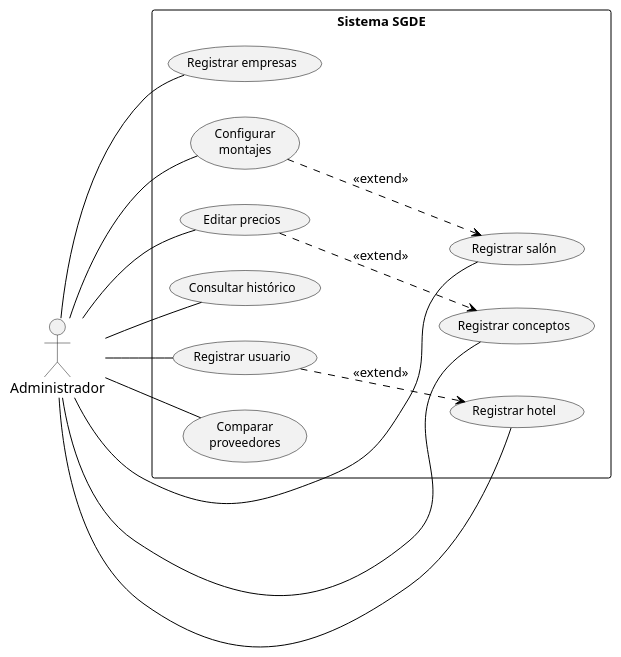
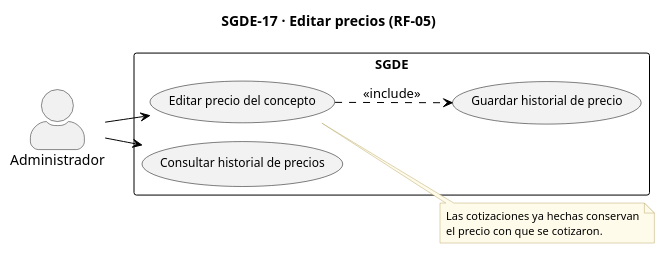
The diagram in docs/casos_uso_sgde/SGDE-17_Editar_precios.puml (AndreCamx2/Gestion-De-Eventos), drawn with PlantUML before and after one commit. The commit also changed 172 other files, not shown here.

First line of the commit message:
docs(diagramas): alinear los diagramas con el sistema construido

```diff
--- a/docs/casos_uso_sgde/SGDE-17_Editar_precios.puml
+++ b/docs/casos_uso_sgde/SGDE-17_Editar_precios.puml
@@ -1,43 +1,40 @@
-@startuml
+@startuml SGDE-17_Editar_precios
+!pragma layout smetana
 left to right direction
 skinparam backgroundColor white
 skinparam usecase {
   BackgroundColor #F2F2F2
   BorderColor black
   FontSize 12
 }
 skinparam rectangle {
   BorderColor black
   FontSize 13
   FontStyle bold
 }
+skinparam note {
+  BackgroundColor #FFFBEA
+  BorderColor #B8A86B
+  FontSize 11
+}
 skinparam ArrowColor black
+skinparam actorStyle awesome
+title SGDE-17 · Editar precios (RF-05)
 
 actor "Administrador" as AD
 
-rectangle "Sistema SGDE" {
-  usecase "Registrar empresas" as UC1
-  usecase "Registrar salón" as UC2
-  usecase "Configurar\nmontajes" as UC3
-  usecase "Registrar conceptos" as UC4
-  usecase "Editar precios" as UC5
-  usecase "Consultar histórico" as UC6
-  usecase "Registrar usuario" as UC7
-  usecase "Registrar hotel" as UC8
-  usecase "Comparar\nproveedores" as UC9
+rectangle "SGDE" {
+  usecase "Editar precio del concepto" as UC1
+  usecase "Guardar historial de precio" as UC2
+  usecase "Consultar historial de precios" as UC3
 }
 
-AD -- UC1
-AD -- UC2
-AD -- UC3
-AD -- UC4
-AD -- UC5
-AD -- UC6
-AD -- UC7
-AD -- UC8
-AD -- UC9
+AD --> UC1
+AD --> UC3
+UC1 ..> UC2 : <<include>>
 
-UC3 ..> UC2 : <<extend>>
-UC5 ..> UC4 : <<extend>>
-UC7 ..> UC8 : <<extend>>
+note right of UC1
+  Las cotizaciones ya hechas conservan
+  el precio con que se cotizaron.
+end note
 @enduml
```
